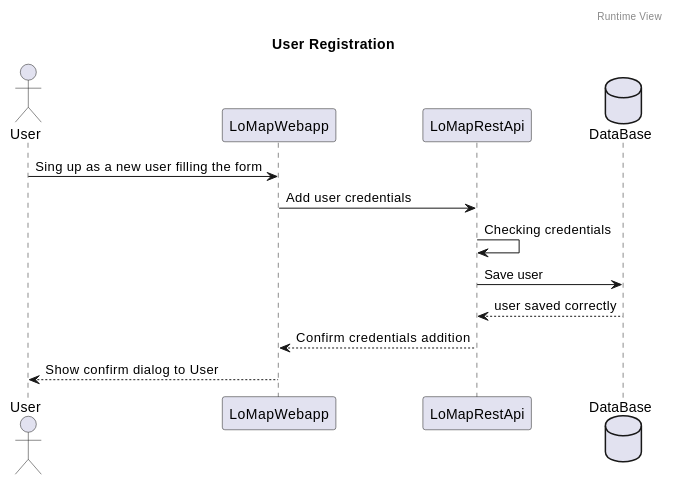
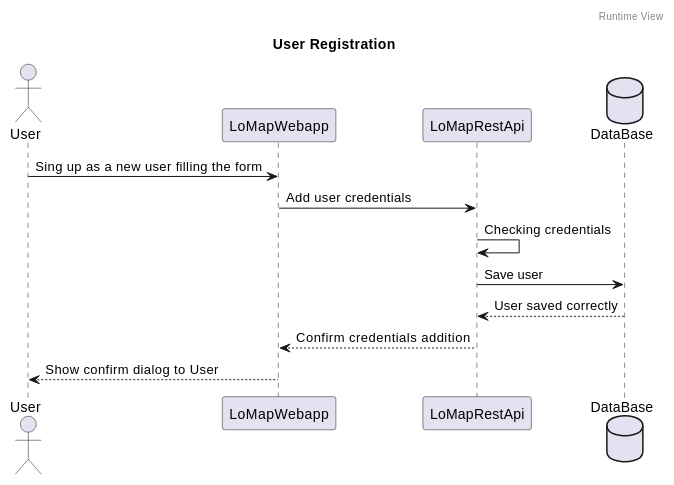
The fifth of 8 diagrams in docs/06_runtime_view.adoc (Arquisoft/lomap_es2c), drawn with PlantUML before and after one commit. The commit also changed other lines of this file, not shown here.

```diff
--- a/docs/06_runtime_view.adoc
+++ b/docs/06_runtime_view.adoc
@@ -140,22 +140,22 @@
 [plantuml,"Register sequence diagram",png]
 ----
 @startuml
 header Runtime View
 title User Registration
 Actor User
 Participant LoMapWebapp
 Participant LoMapRestApi
 Database DataBase as "DataBase" 
 
 User -> LoMapWebapp: Sing up as a new user filling the form
 
 LoMapWebapp-> LoMapRestApi: Add user credentials
 LoMapRestApi -> LoMapRestApi: Checking credentials
 LoMapRestApi -> DataBase: Save user
-DataBase--> LoMapRestApi : user saved correctly
+DataBase--> LoMapRestApi : User saved correctly
 
 
 LoMapWebapp<-- LoMapRestApi : Confirm credentials addition
 User <-- LoMapWebapp: Show confirm dialog to User
 @enduml
 ----
```
